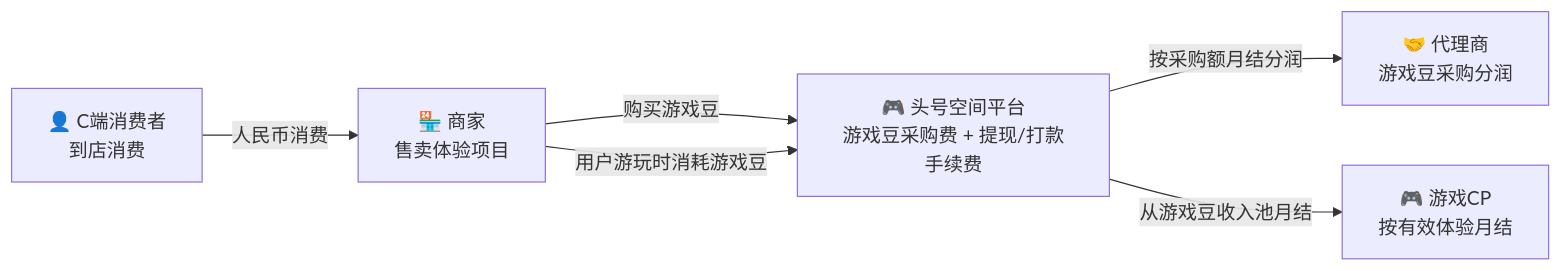
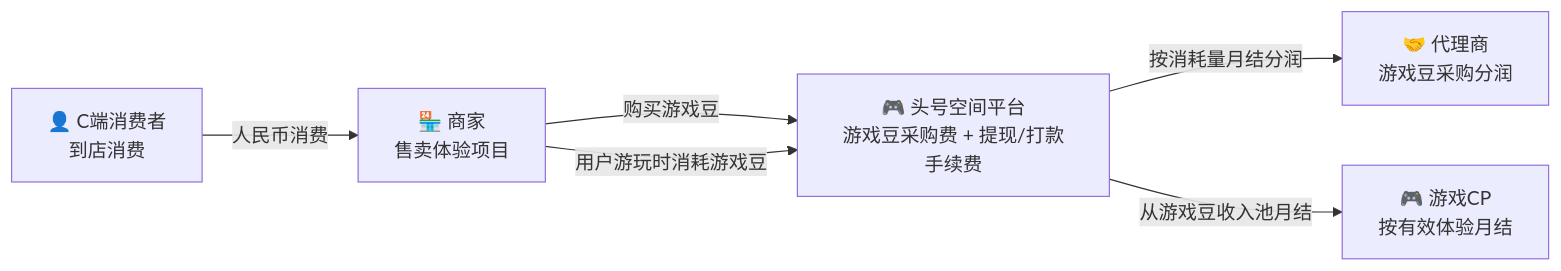
The second of 7 diagrams in docs/头号空间-产品需求文档-PRD-v1.3.md (andy685/VRtouhaokongjian), drawn with Mermaid before and after one commit. The commit also changed other lines of this file, not shown here.

````diff
--- a/docs/头号空间-产品需求文档-PRD-v1.3.md
+++ b/docs/头号空间-产品需求文档-PRD-v1.3.md
@@ -88,14 +88,14 @@
 ```mermaid
 flowchart LR
     C["👤 C端消费者<br/>到店消费"]
     M["🏪 商家<br/>售卖体验项目"]
     P["🎮 头号空间平台<br/>游戏豆采购费 + 提现/打款手续费"]
     A["🤝 代理商<br/>游戏豆采购分润"]
     CP["🎮 游戏CP<br/>按有效体验月结"]
 
     C -->|人民币消费| M
     M -->|购买游戏豆| P
     M -->|用户游玩时消耗游戏豆| P
-    P -->|按采购额月结分润| A
+    P -->|按消耗量月结分润| A
     P -->|从游戏豆收入池月结| CP
 ```
````
